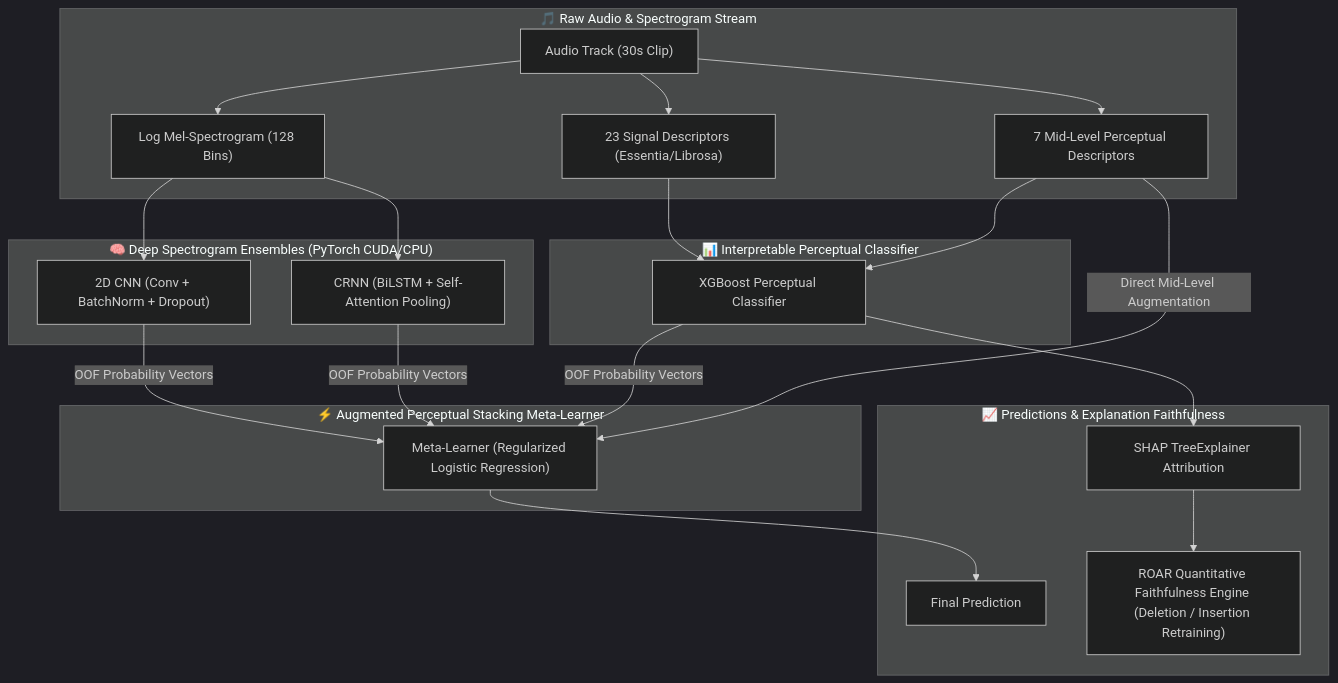
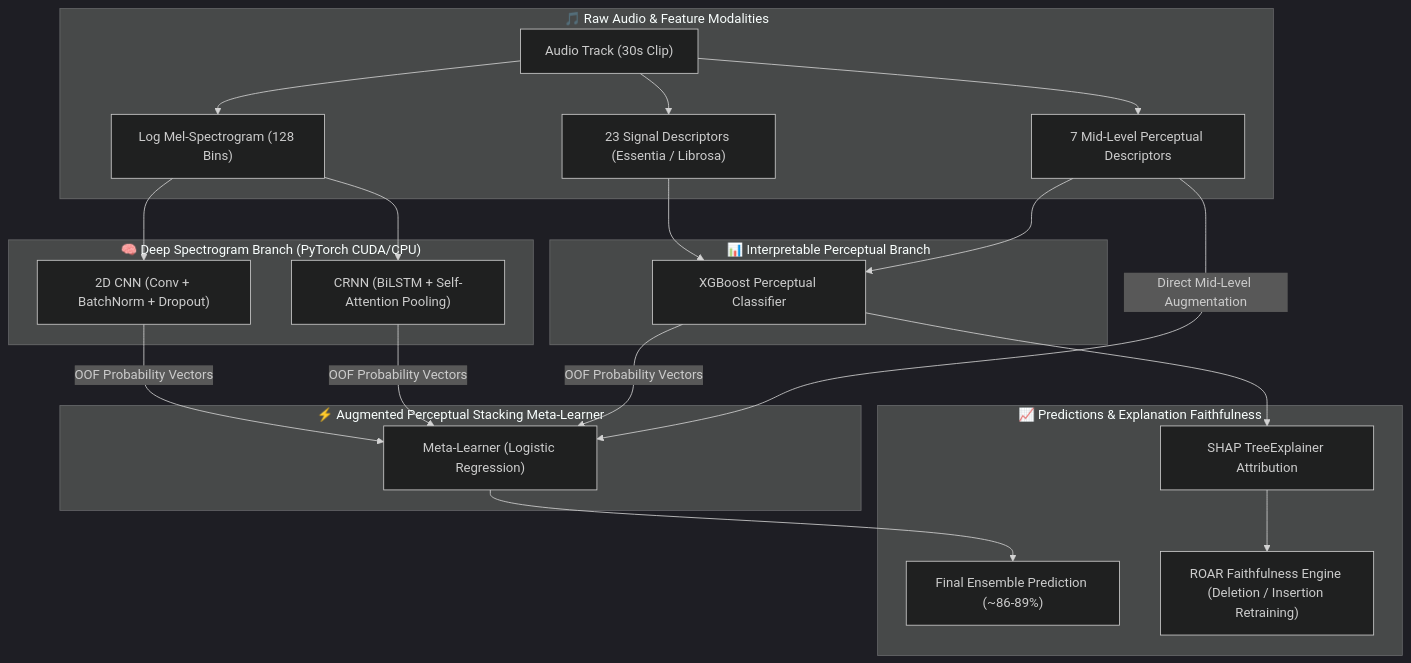
One commit to kaladharroyal/MUSIC-CLASSIFIER changed the diagram in README.md. Above: the diagram before and after it, drawn with Mermaid (dark theme). The commit also changed other lines of this file, not shown here.

Commit message:
docs: update README with comprehensive architecture, benchmark results, and ROAR evaluation

````diff
--- a/README.md
+++ b/README.md
@@ -28,31 +28,31 @@
 ```mermaid
 flowchart TD
-    subgraph Input ["🎵 Raw Audio & Spectrogram Stream"]
+    subgraph Input ["🎵 Raw Audio & Feature Modalities"]
         A["Audio Track (30s Clip)"] --> B["Log Mel-Spectrogram (128 Bins)"]
-        A --> C["23 Signal Descriptors (Essentia/Librosa)"]
+        A --> C["23 Signal Descriptors (Essentia / Librosa)"]
         A --> D["7 Mid-Level Perceptual Descriptors"]
     end
 
-    subgraph Deep_Models ["🧠 Deep Spectrogram Ensembles (PyTorch CUDA/CPU)"]
+    subgraph Deep_Models ["🧠 Deep Spectrogram Branch (PyTorch CUDA/CPU)"]
         B --> E["2D CNN (Conv + BatchNorm + Dropout)"]
         B --> F["CRNN (BiLSTM + Self-Attention Pooling)"]
     end
 
-    subgraph Perceptual_Branch ["📊 Interpretable Perceptual Classifier"]
+    subgraph Perceptual_Branch ["📊 Interpretable Perceptual Branch"]
         C --> G["XGBoost Perceptual Classifier"]
         D --> G
     end
 
     subgraph Stacking ["⚡ Augmented Perceptual Stacking Meta-Learner"]
-        E -->|OOF Probability Vectors| H["Meta-Learner (Regularized Logistic Regression)"]
+        E -->|OOF Probability Vectors| H["Meta-Learner (Logistic Regression)"]
         F -->|OOF Probability Vectors| H
         G -->|OOF Probability Vectors| H
         D -->|Direct Mid-Level Augmentation| H
     end
 
     subgraph Outputs ["📈 Predictions & Explanation Faithfulness"]
-        H --> I["Final Prediction"]
+        H --> I["Final Ensemble Prediction (~86-89%)"]
         G --> J["SHAP TreeExplainer Attribution"]
-        J --> K["ROAR Quantitative Faithfulness Engine (Deletion / Insertion Retraining)"]
+        J --> K["ROAR Faithfulness Engine (Deletion / Insertion Retraining)"]
     end
 ```
````
